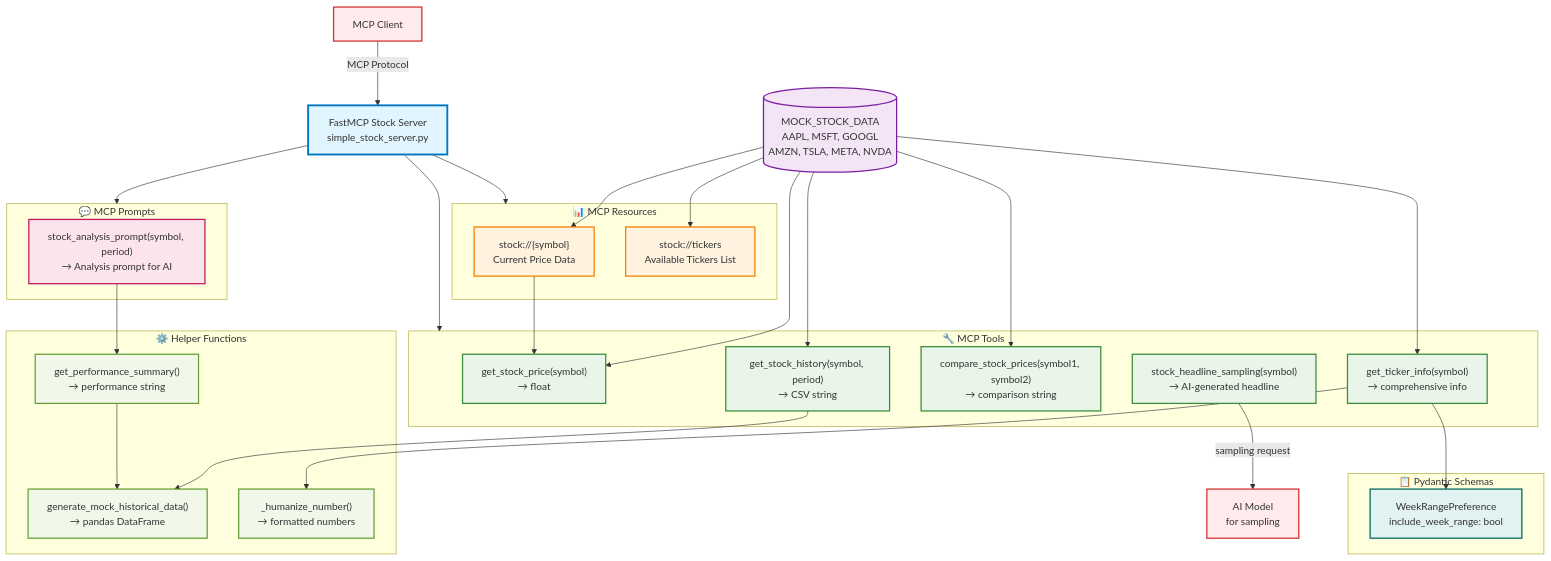
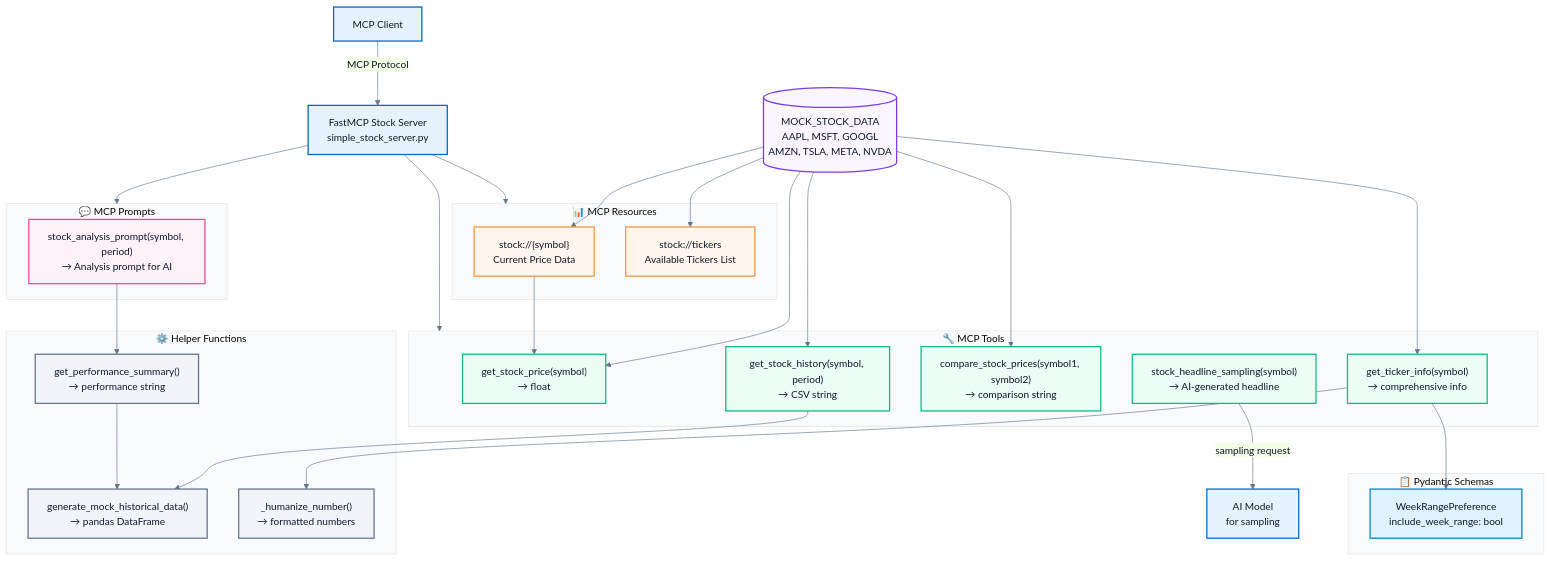
Before and after one commit to huangyingting/mcp-workshop: the third of 5 diagrams in README.md, drawn with Mermaid. The commit also changed other lines of this file, not shown here.

````diff
--- a/README.md
+++ b/README.md
@@ -417,4 +439,12 @@
 ```mermaid
+%%{init: {'theme': 'base', 'themeVariables': {
+  'fontFamily': 'Inter,Segoe UI,Arial,sans-serif',
+  'primaryColor': '#e6f3ff',
+  'primaryBorderColor': '#0066cc',
+  'primaryTextColor': '#0f172a',
+  'tertiaryColor': '#f8fafc',
+  'lineColor': '#64748b'
+}}}%%
 graph TB
     %% Main Server
     Server[FastMCP Stock Server<br/>simple_stock_server.py]
@@ -484,14 +514,14 @@
     StockResource --> GetPrice
     
     %% Styling
-    classDef serverClass fill:#e1f5fe,stroke:#0277bd,stroke-width:3px
-    classDef dataClass fill:#f3e5f5,stroke:#7b1fa2,stroke-width:2px
-    classDef toolClass fill:#e8f5e8,stroke:#388e3c,stroke-width:2px
-    classDef resourceClass fill:#fff3e0,stroke:#f57c00,stroke-width:2px
-    classDef promptClass fill:#fce4ec,stroke:#c2185b,stroke-width:2px
-    classDef helperClass fill:#f1f8e9,stroke:#689f38,stroke-width:2px
-    classDef schemaClass fill:#e0f2f1,stroke:#00695c,stroke-width:2px
-    classDef externalClass fill:#ffebee,stroke:#d32f2f,stroke-width:2px
+    classDef serverClass fill:#e6f3ff,stroke:#0066cc,stroke-width:2px
+    classDef dataClass fill:#faf5ff,stroke:#7c3aed,stroke-width:2px
+    classDef toolClass fill:#ecfdf5,stroke:#10b981,stroke-width:2px
+    classDef resourceClass fill:#fff7ed,stroke:#fb923c,stroke-width:2px
+    classDef promptClass fill:#fdf2f8,stroke:#ec4899,stroke-width:2px
+    classDef helperClass fill:#f1f5f9,stroke:#64748b,stroke-width:2px
+    classDef schemaClass fill:#e0f2fe,stroke:#0284c7,stroke-width:2px
+    classDef externalClass fill:#e6f3ff,stroke:#0066cc,stroke-width:2px
     
     class Server serverClass
     class MockData dataClass
````
